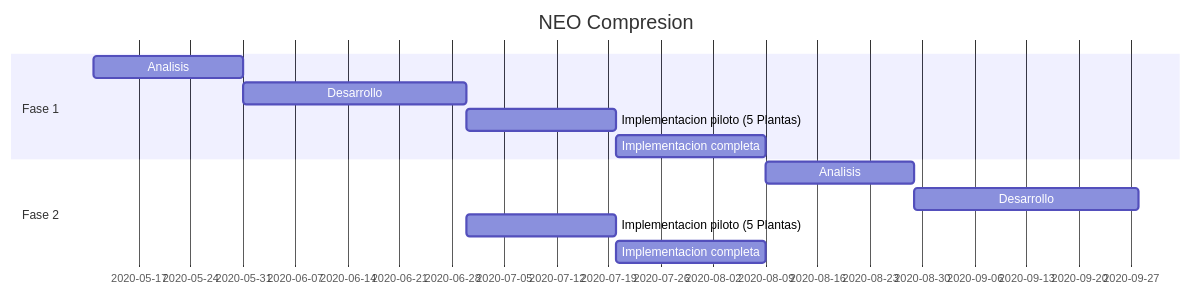
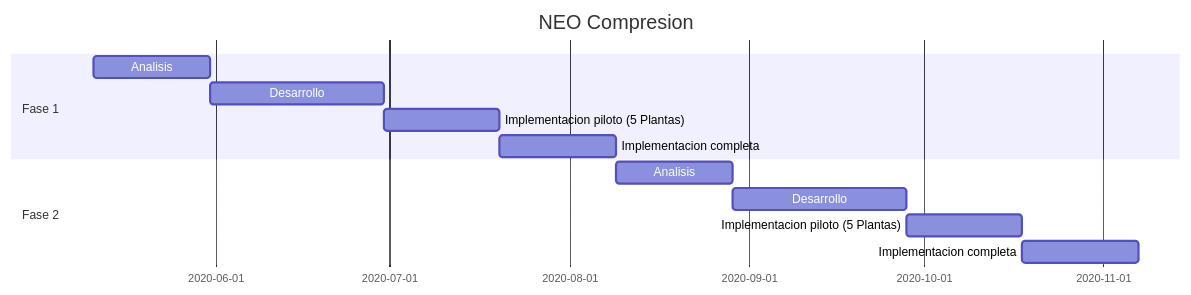
One commit to festavillo/neo-cp changed the diagram in NEO - Compresion.md. Above: the diagram before and after it, drawn with Mermaid. The commit also changed other lines of this file, not shown here.

Commit message:
NEO - Compresion.md updated from https://stackedit.io/

````diff
--- a/NEO - Compresion.md
+++ b/NEO - Compresion.md
@@ -24,18 +24,18 @@
 ```mermaid
 gantt
     title NEO Compresion
     dateFormat  YYYY-MM-DD
     section Fase 1
     Analisis           :a1, 2020-05-11, 20d
     Desarrollo         :a2, after a1, 30d
     Implementacion piloto (5 Plantas)     :a3, after a2  , 20d
     Implementacion completa     :a4, after a3  , 20d
 
     section Fase 2
     Analisis           :a5, after a4 , 20d
     Desarrollo         :a6, after a5, 30d
-    Implementacion piloto (5 Plantas)     :a3, after a2  , 20d
-    Implementacion completa     :a4, after a3  , 20d
+    Implementacion piloto (5 Plantas)     :a7, after a6  , 20d
+    Implementacion completa     :a8, after a7  , 20d
 
 
 ```
````
